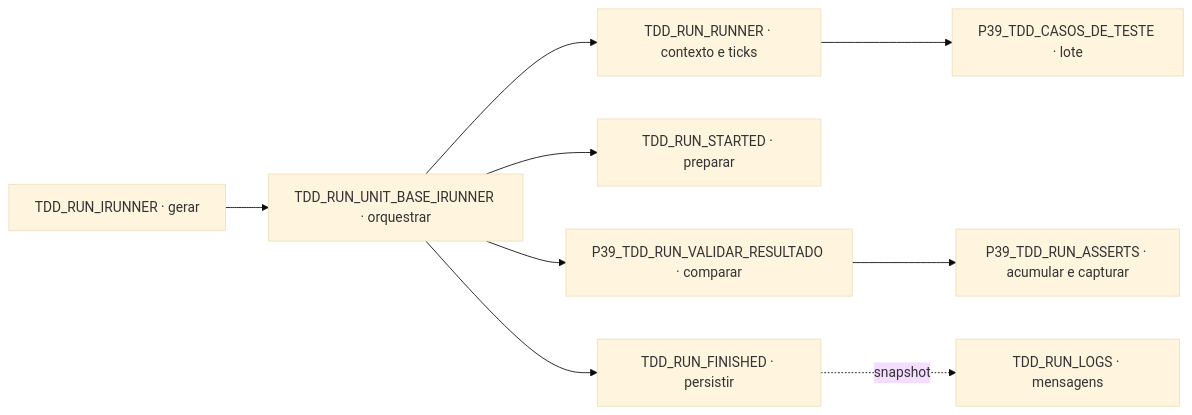
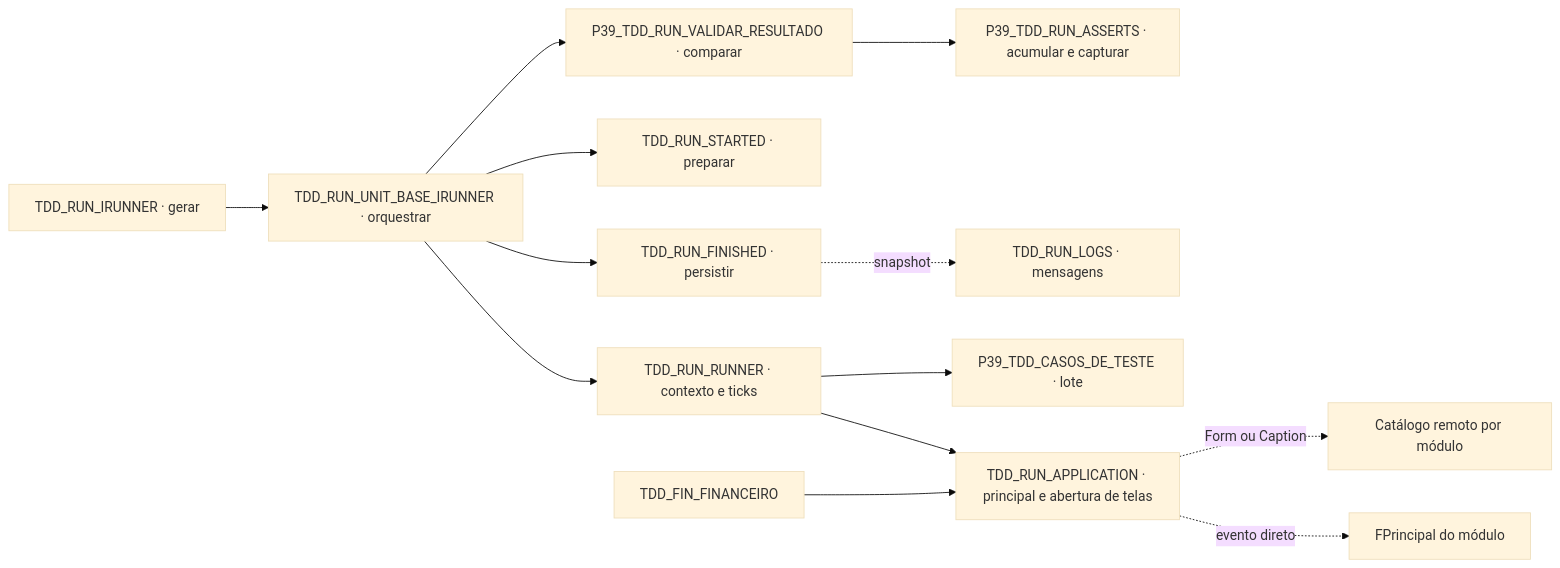
The diagram in docs/MAPEAMENTO_AST_USES_UNITS/runner/responsabilidades.md (ModulosTestesAutomatizados/TestesAutomatizadosERP), drawn with Mermaid (base theme) before and after one commit. The commit also changed 28 other files, not shown here.

````diff
--- a/docs/MAPEAMENTO_AST_USES_UNITS/runner/responsabilidades.md
+++ b/docs/MAPEAMENTO_AST_USES_UNITS/runner/responsabilidades.md
@@ -3,11 +3,15 @@
 ```mermaid
 flowchart LR
  TDD_RUN_IRUNNER["TDD_RUN_IRUNNER · gerar"] --> TDD_RUN_UNIT_BASE_IRUNNER["TDD_RUN_UNIT_BASE_IRUNNER · orquestrar"]
  TDD_RUN_UNIT_BASE_IRUNNER --> TDD_RUN_RUNNER["TDD_RUN_RUNNER · contexto e ticks"]
  TDD_RUN_UNIT_BASE_IRUNNER --> TDD_RUN_STARTED["TDD_RUN_STARTED · preparar"]
  TDD_RUN_UNIT_BASE_IRUNNER --> P39_TDD_RUN_VALIDAR_RESULTADO["P39_TDD_RUN_VALIDAR_RESULTADO · comparar"]
  P39_TDD_RUN_VALIDAR_RESULTADO --> P39_TDD_RUN_ASSERTS["P39_TDD_RUN_ASSERTS · acumular e capturar"]
  TDD_RUN_UNIT_BASE_IRUNNER --> TDD_RUN_FINISHED["TDD_RUN_FINISHED · persistir"]
  TDD_RUN_FINISHED -. "snapshot" .-> TDD_RUN_LOGS["TDD_RUN_LOGS · mensagens"]
  TDD_RUN_RUNNER --> P39_TDD_CASOS_DE_TESTE["P39_TDD_CASOS_DE_TESTE · lote"]
+ TDD_RUN_RUNNER --> TDD_RUN_APPLICATION["TDD_RUN_APPLICATION · principal e abertura de telas"]
+ TDD_FIN_FINANCEIRO --> TDD_RUN_APPLICATION
+ TDD_RUN_APPLICATION -. "Form ou Caption" .-> C["Catálogo remoto por módulo"]
+ TDD_RUN_APPLICATION -. "evento direto" .-> FP["FPrincipal do módulo"]
 ```
````
